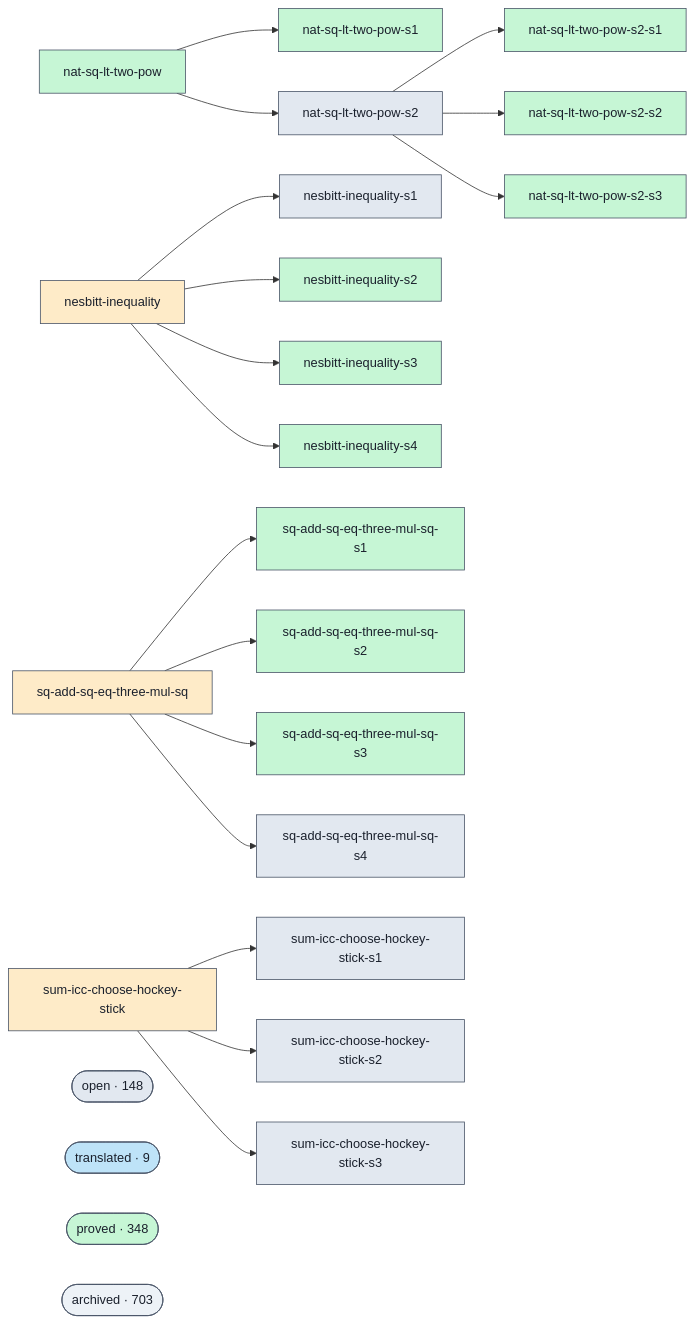
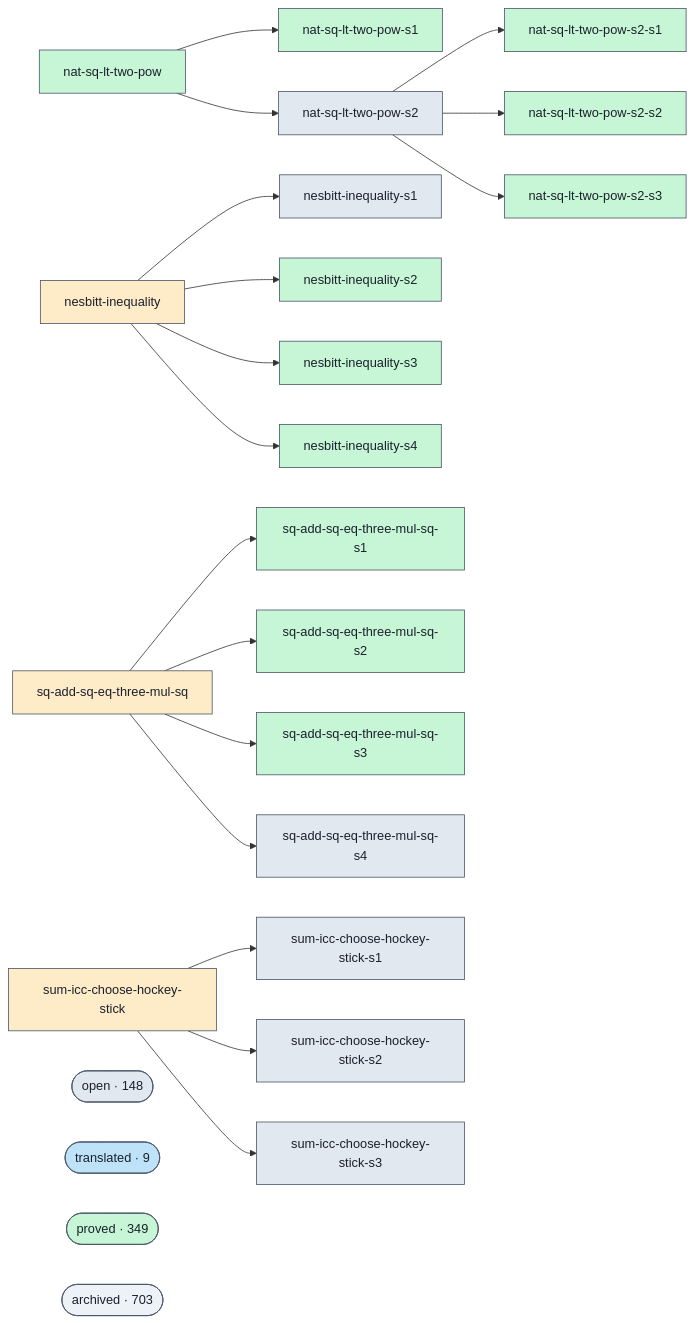
The diagram in docs/proofs-contributors-visualisation.md (ohdearquant/unsorry), drawn with Mermaid before and after one commit. The commit also changed other lines of this file and 2 other files, not shown here.

```diff
--- a/docs/proofs-contributors-visualisation.md
+++ b/docs/proofs-contributors-visualisation.md
@@ -102,7 +102,7 @@
   class cluster_open open;
   cluster_translated(["translated · 9"])
   class cluster_translated translated;
-  cluster_proved(["proved · 348"])
+  cluster_proved(["proved · 349"])
   class cluster_proved proved;
   cluster_archived(["archived · 703"])
   class cluster_archived unknown;
```
